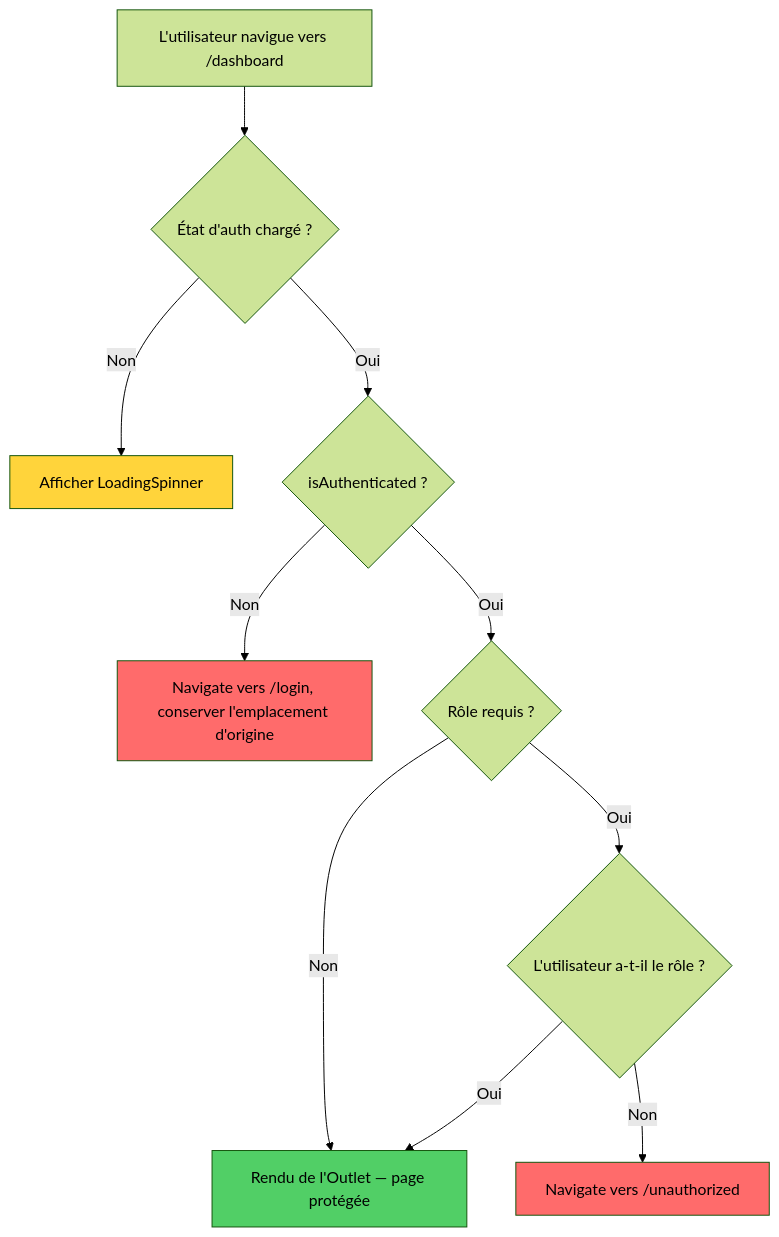
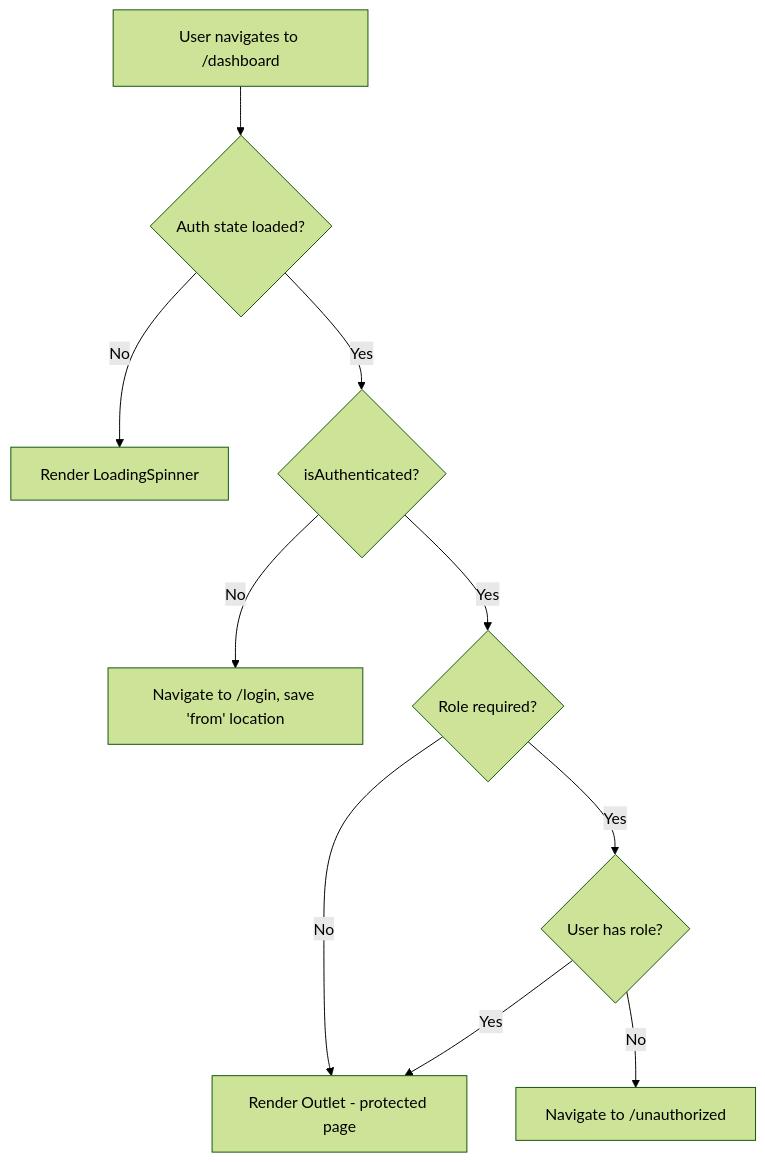
One commit to BabaScience/react-guides changed the fourth of 6 diagrams in arguments/chapters/fr/05-routing.md. Above: the diagram before and after it, drawn with Mermaid (forest theme). The commit also changed other lines of this file and 29 other files, not shown here.

First line of the commit message:
Bring React FR/IT translations to full English parity + theme-safe diagrams

````diff
--- a/arguments/chapters/fr/05-routing.md
+++ b/arguments/chapters/fr/05-routing.md
@@ -191,17 +1048,13 @@
 ```mermaid
 flowchart TD
-    A["L'utilisateur navigue vers /dashboard"] --> B{"État d'auth chargé ?"}
-    B -->|Non| C["Afficher LoadingSpinner"]
-    B -->|Oui| D{"isAuthenticated ?"}
-    D -->|Non| E["Navigate vers /login, conserver l'emplacement d'origine"]
-    D -->|Oui| F{"Rôle requis ?"}
-    F -->|Non| G["Rendu de l'Outlet — page protégée"]
-    F -->|Oui| H{"L'utilisateur a-t-il le rôle ?"}
-    H -->|Oui| G
-    H -->|Non| I["Navigate vers /unauthorized"]
+    A["User navigates to /dashboard"] --> B{"Auth state loaded?"}
+    B -->|No| C["Render LoadingSpinner"]
+    B -->|Yes| D{"isAuthenticated?"}
+    D -->|No| E["Navigate to /login, save 'from' location"]
+    D -->|Yes| F{"Role required?"}
+    F -->|No| G["Render Outlet - protected page"]
+    F -->|Yes| H{"User has role?"}
+    H -->|Yes| G
+    H -->|No| I["Navigate to /unauthorized"]
 
-    style C fill:#ffd43b
-    style E fill:#ff6b6b
-    style G fill:#51cf66
-    style I fill:#ff6b6b
 ```
````
